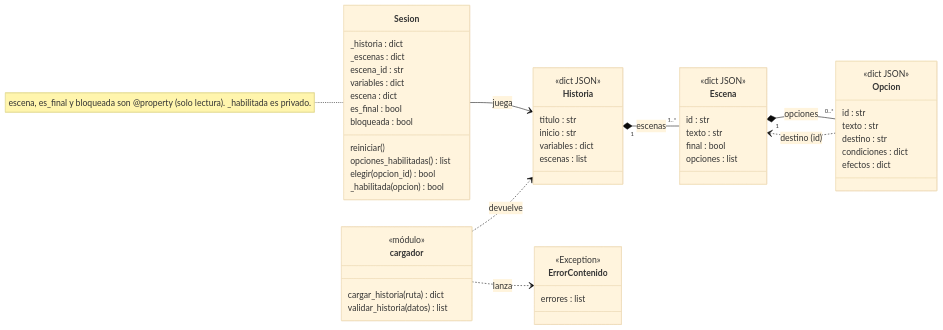
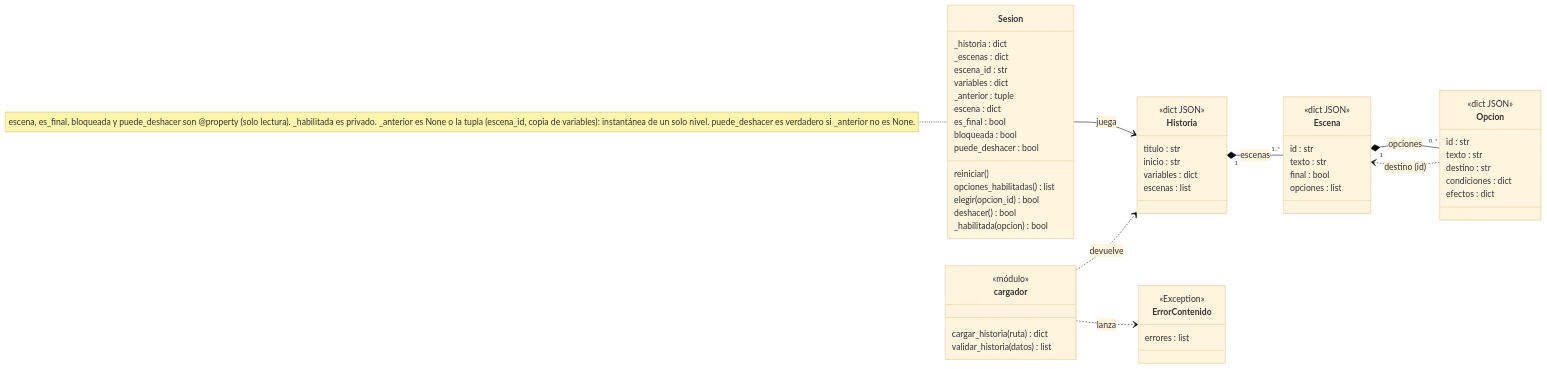
Before and after one commit to KevinUtb/Parcial_2_Ing: the diagram in docs/modelos/03_clases_dominio.mmd, drawn with Mermaid (base theme). The commit also changed 7 other files, not shown here.

```diff
--- a/docs/modelos/03_clases_dominio.mmd
+++ b/docs/modelos/03_clases_dominio.mmd
@@ -1,57 +1,60 @@
-%% Clases del dominio (Unidad 5), según src/motor.py y src/cargador.py.
+%% Clases del dominio (Unidad 5), según src/motor.py y src/cargador.py. Actualizado con SC01.
 %% Historia, Escena y Opcion NO son clases en el código: son diccionarios (dict) leídos del JSON.
 %% Se modelan como clases del dominio con su estructura de datos real.
 classDiagram
     direction LR
     class Historia {
         <<dict JSON>>
         titulo : str
         inicio : str
         variables : dict
         escenas : list
     }
     class Escena {
         <<dict JSON>>
         id : str
         texto : str
         final : bool
         opciones : list
     }
     class Opcion {
         <<dict JSON>>
         id : str
         texto : str
         destino : str
         condiciones : dict
         efectos : dict
     }
     class Sesion {
         _historia : dict
         _escenas : dict
         escena_id : str
         variables : dict
+        _anterior : tuple
         escena : dict
         es_final : bool
         bloqueada : bool
+        puede_deshacer : bool
         reiniciar()
         opciones_habilitadas() list
         elegir(opcion_id) bool
+        deshacer() bool
         _habilitada(opcion) bool
     }
     class ErrorContenido {
         <<Exception>>
         errores : list
     }
     class cargador {
         <<módulo>>
         cargar_historia(ruta) dict
         validar_historia(datos) list
     }
 
     Historia "1" *-- "1..*" Escena : escenas
     Escena "1" *-- "0..*" Opcion : opciones
     Opcion ..> Escena : destino (id)
     Sesion --> Historia : juega
     cargador ..> Historia : devuelve
     cargador ..> ErrorContenido : lanza
-    note for Sesion "escena, es_final y bloqueada son @property (solo lectura). _habilitada es privado."
+    note for Sesion "escena, es_final, bloqueada y puede_deshacer son @property (solo lectura). _habilitada es privado. _anterior es None o la tupla (escena_id, copia de variables): instantánea de un solo nivel. puede_deshacer es verdadero si _anterior no es None."
```
